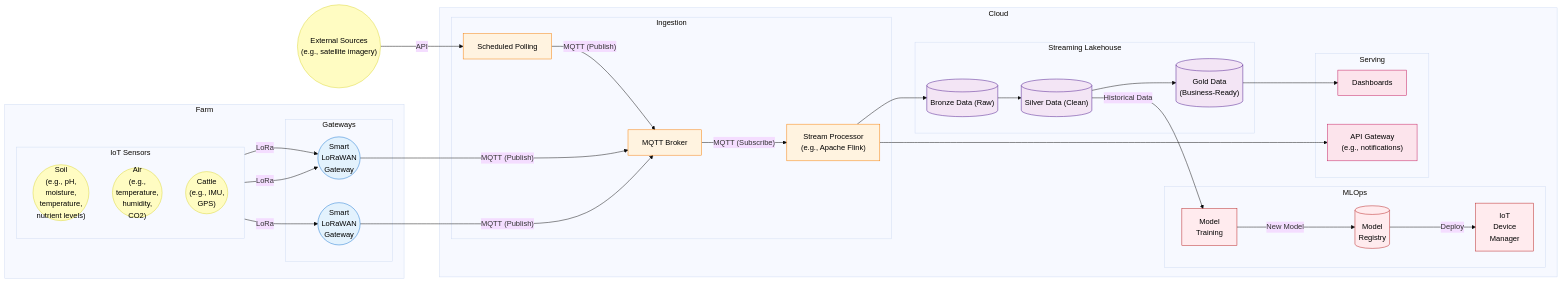
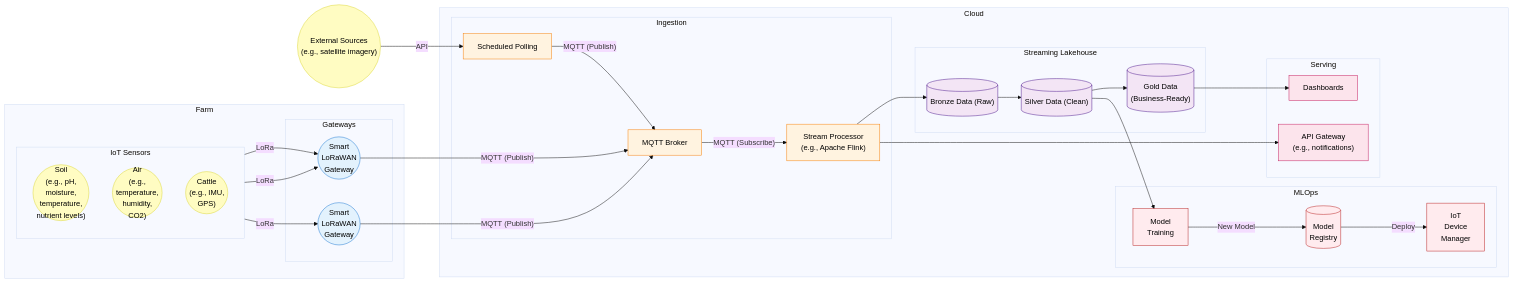
Before and after one commit to aydanthompson/smart-agrifarming-is: the first of 4 diagrams in docs/architecture-diagrams.md, drawn with Mermaid (base theme).

Commit message:
Removed historical data label

````diff
--- a/docs/architecture-diagrams.md
+++ b/docs/architecture-diagrams.md
@@ -11,73 +11,73 @@
 ```mermaid
 flowchart LR
     subgraph farm["Farm"]
         subgraph edge_layer["IoT Sensors"]
             direction TB
             sensors_soil(("Soil<br>(e.g., pH,<br>moisture,<br>temperature,<br>nutrient levels)"))
             sensors_air(("Air<br>(e.g.,<br>temperature,<br>humidity,<br>CO2)"))
             sensors_cattle(("Cattle<br>(e.g., IMU,<br>GPS)"))
         end
 
         subgraph gateways["Gateways"]
             gateway_1(("Smart<br>LoRaWAN<br>Gateway"))
             gateway_2(("Smart<br>LoRaWAN<br>Gateway"))
         end
     end
 
     external_sources(("External Sources<br>(e.g., satellite imagery)"))
     external_sources -->|API| scheduled_polling
     scheduled_polling -->|"MQTT (Publish)"| broker
 
     subgraph cloud["Cloud"]
         subgraph ingestion["Ingestion"]
             scheduled_polling["Scheduled Polling"]
             broker["MQTT Broker"]
             stream_processor["Stream Processor<br>(e.g., Apache Flink)"]
         end
 
         subgraph lakehouse["Streaming Lakehouse"]
             bronze[("Bronze Data (Raw)")]
             silver[("Silver Data (Clean)")]
             gold[("Gold Data<br>(Business-Ready)")]
         end
 
         subgraph mlops["MLOps"]
             training["Model<br>Training"]
             registry[("Model<br>Registry")]
             device_manager["IoT<br>Device<br>Manager"]
         end
 
         subgraph serving["Serving"]
             dashboard["Dashboards"]
             api["API Gateway<br>(e.g., notifications)"]
         end
     end
 
     sensors_soil & sensors_air -->|LoRa| gateway_1
     sensors_cattle -->|LoRa| gateway_2
     gateway_1 --->|"MQTT (Publish)"| broker
     gateway_2 --->|"MQTT (Publish)"| broker
     broker -->|"MQTT (Subscribe)"| stream_processor
     stream_processor --> bronze
     stream_processor --> api
     bronze --> silver
     silver --> gold
     gold --> dashboard
-    silver -->|"Historical Data"| training
+    silver --> training
     training -->|"New Model"| registry
     registry -->|"Deploy"| device_manager
 
     classDef sensorStyle fill:#fffcc2,stroke:#dad734,color:#000
     classDef gatewayStyle fill:#e3f2fd,stroke:#1976d2,color:#000
     classDef ingestStyle fill:#fff3e0,stroke:#f57c00,color:#000
     classDef dataStyle fill:#f3e5f5,stroke:#4a148c,color:#000
     classDef mlStyle fill:#ffebee,stroke:#b71c1c,color:#000
     classDef presentationStyle fill:#fce4ec,stroke:#c2185b,color:#000
 
     class sensors_soil,sensors_air,sensors_cattle,external_sources sensorStyle
     class gateway_1,gateway_2 gatewayStyle
     class broker,stream_processor,scheduled_polling ingestStyle
     class bronze,silver,gold dataStyle
     class training,registry,device_manager mlStyle
     class dashboard,api presentationStyle
 ```
````
